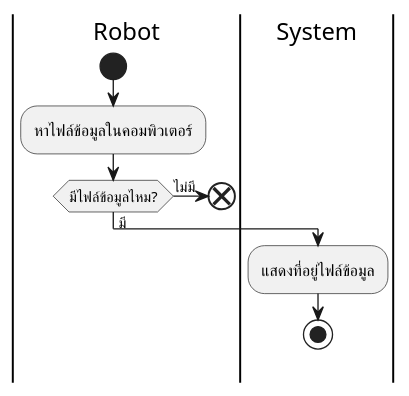
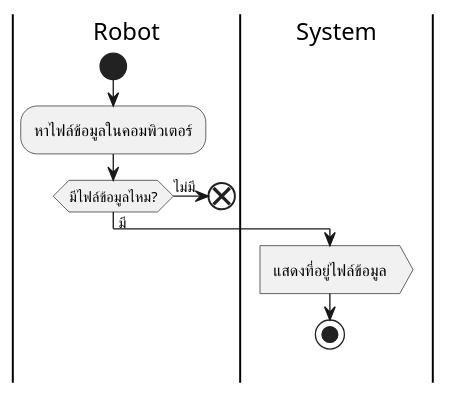
The diagram in Robot Activity/u1-receive document.wsd (Meenkonlapat/RPA-Project), drawn with PlantUML before and after one commit. The commit also changed 4 other files, not shown here.

```diff
--- a/Robot Activity/u1-receive document.wsd
+++ b/Robot Activity/u1-receive document.wsd
@@ -1,14 +1,14 @@
 @startuml
 |Robot|
 start
 :หาไฟล์ข้อมูลในคอมพิวเตอร์;
 if(มีไฟล์ข้อมูลไหม?) then(มี)
 |System|
-:แสดงที่อยู่ไฟล์ข้อมูล;
+:แสดงที่อยู่ไฟล์ข้อมูล>
 stop
 else(ไม่มี)
 |Robot|
 end
 endif
 
 @enduml
```
